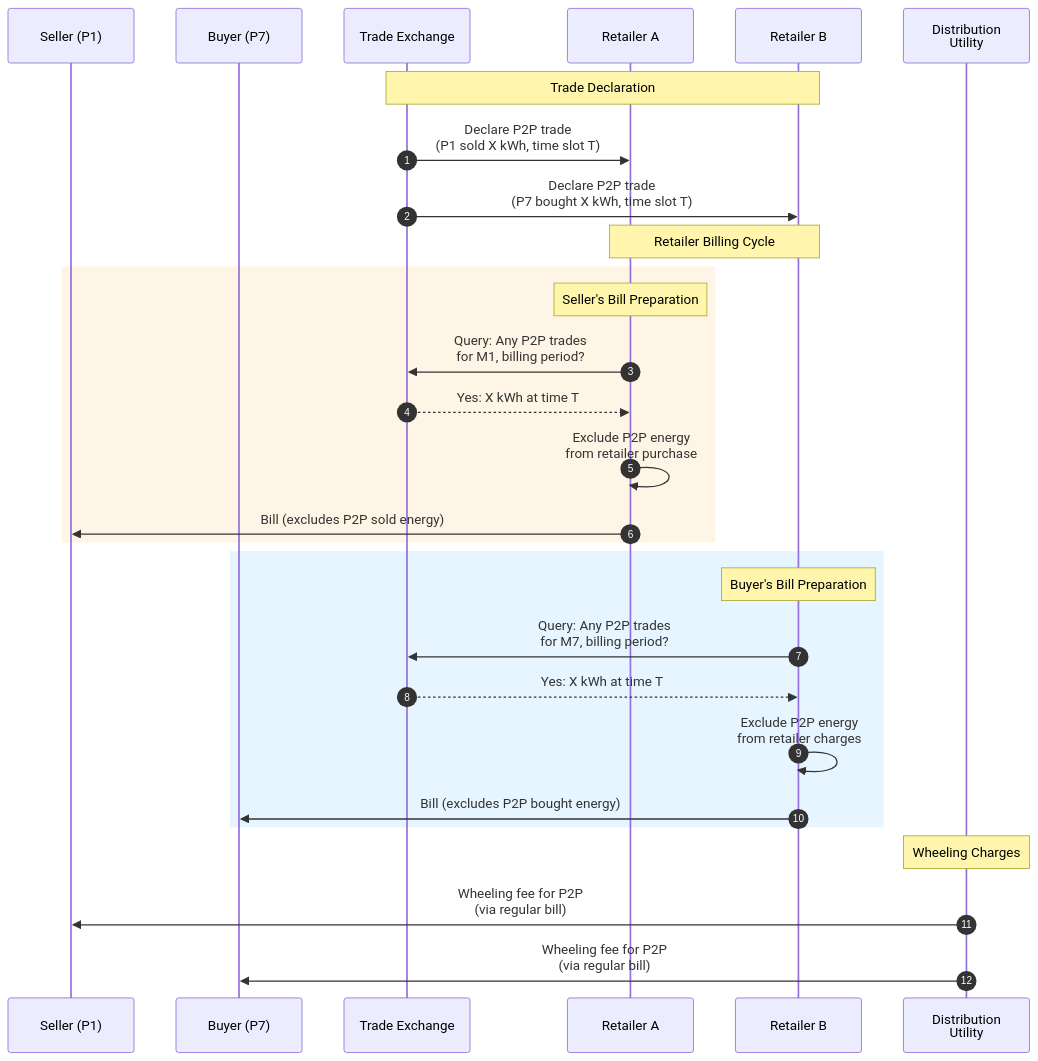
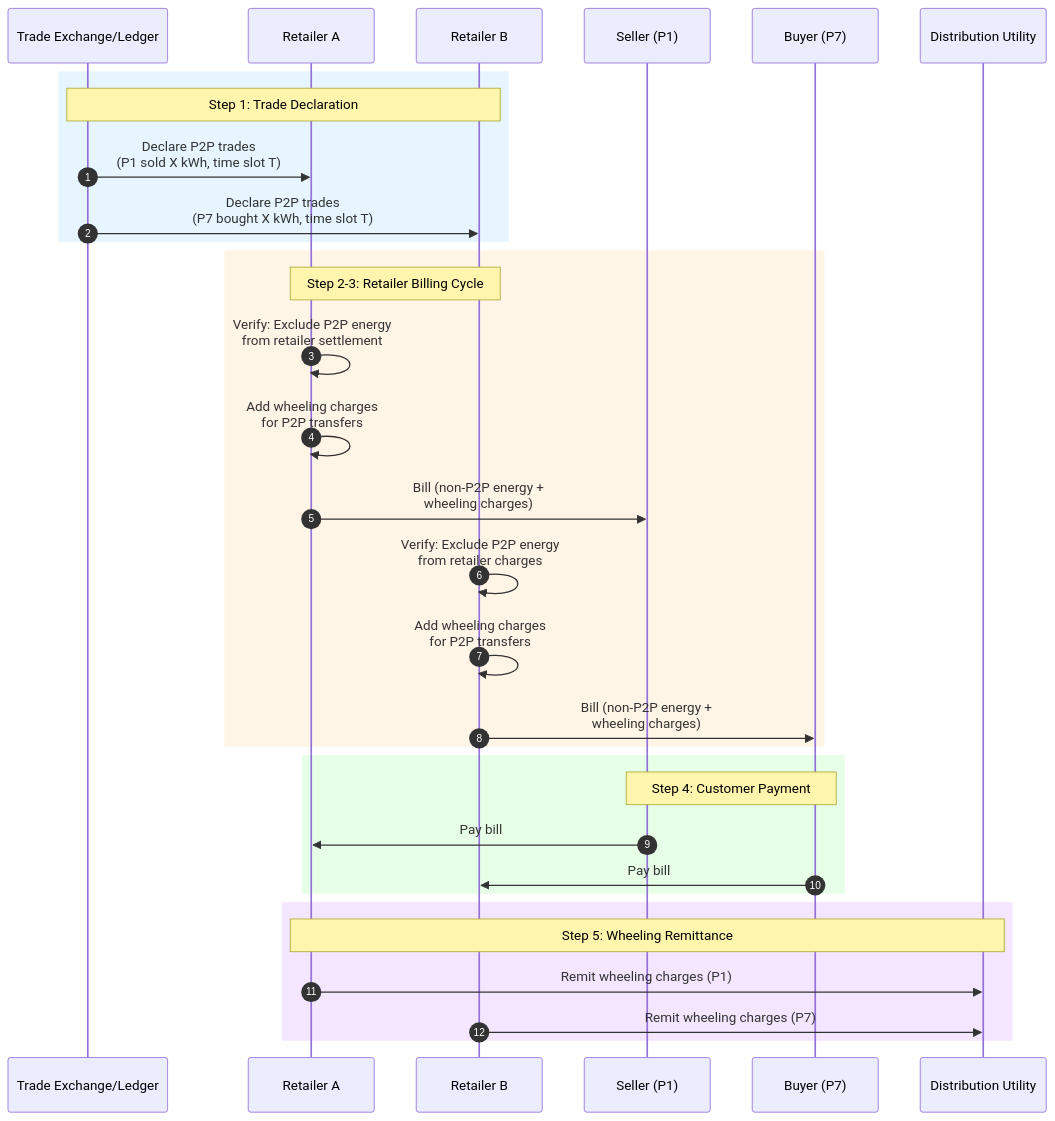
Before and after one commit to Beckn-One/DEG: the tenth of 12 diagrams in docs/implementation-guides/v2/P2P_Trading/Inter_energy_retailer_P2P_trading_draft.md, drawn with Mermaid. The commit also changed other lines of this file, not shown here.

Commit message:
improve billing flow

````diff
--- a/docs/implementation-guides/v2/P2P_Trading/Inter_energy_retailer_P2P_trading_draft.md
+++ b/docs/implementation-guides/v2/P2P_Trading/Inter_energy_retailer_P2P_trading_draft.md
@@ -467,36 +476,39 @@
 ```mermaid
 sequenceDiagram
     autonumber
+    participant TE as Trade Exchange/Ledger
+    participant RA as Retailer A
+    participant RB as Retailer B
     participant S as Seller (P1)
     participant B as Buyer (P7)
-    participant TE as Trade Exchange
-    participant RA as Retailer A
-    participant RB as Retailer B
-    participant DU as Distribution<br/>Utility
+    participant DU as Distribution Utility
 
-    Note over TE,RB: Trade Declaration
-    TE->>RA: Declare P2P trade<br/>(P1 sold X kWh, time slot T)
-    TE->>RB: Declare P2P trade<br/>(P7 bought X kWh, time slot T)
-
-    Note over RA,RB: Retailer Billing Cycle
+    rect rgb(230, 245, 255)
+    Note over TE,RB: Step 1: Trade Declaration
+    TE->>RA: Declare P2P trades<br/>(P1 sold X kWh, time slot T)
+    TE->>RB: Declare P2P trades<br/>(P7 bought X kWh, time slot T)
+    end
 
     rect rgb(255, 245, 230)
-    Note over RA: Seller's Bill Preparation
-    RA->>TE: Query: Any P2P trades<br/>for M1, billing period?
-    TE-->>RA: Yes: X kWh at time T
-    RA->>RA: Exclude P2P energy<br/>from retailer purchase
-    RA->>S: Bill (excludes P2P sold energy)
+    Note over RA,RB: Step 2-3: Retailer Billing Cycle
+    RA->>RA: Verify: Exclude P2P energy<br/>from retailer settlement
+    RA->>RA: Add wheeling charges<br/>for P2P transfers
+    RA->>S: Bill (non-P2P energy +<br/>wheeling charges)
+
+    RB->>RB: Verify: Exclude P2P energy<br/>from retailer charges
+    RB->>RB: Add wheeling charges<br/>for P2P transfers
+    RB->>B: Bill (non-P2P energy +<br/>wheeling charges)
     end
 
-    rect rgb(230, 245, 255)
-    Note over RB: Buyer's Bill Preparation
-    RB->>TE: Query: Any P2P trades<br/>for M7, billing period?
-    TE-->>RB: Yes: X kWh at time T
-    RB->>RB: Exclude P2P energy<br/>from retailer charges
-    RB->>B: Bill (excludes P2P bought energy)
+    rect rgb(230, 255, 230)
+    Note over S,B: Step 4: Customer Payment
+    S->>RA: Pay bill
+    B->>RB: Pay bill
     end
 
-    Note over DU: Wheeling Charges
-    DU->>S: Wheeling fee for P2P<br/>(via regular bill)
-    DU->>B: Wheeling fee for P2P<br/>(via regular bill)
+    rect rgb(245, 230, 255)
+    Note over RA,DU: Step 5: Wheeling Remittance
+    RA->>DU: Remit wheeling charges (P1)
+    RB->>DU: Remit wheeling charges (P7)
+    end
 ```
````
